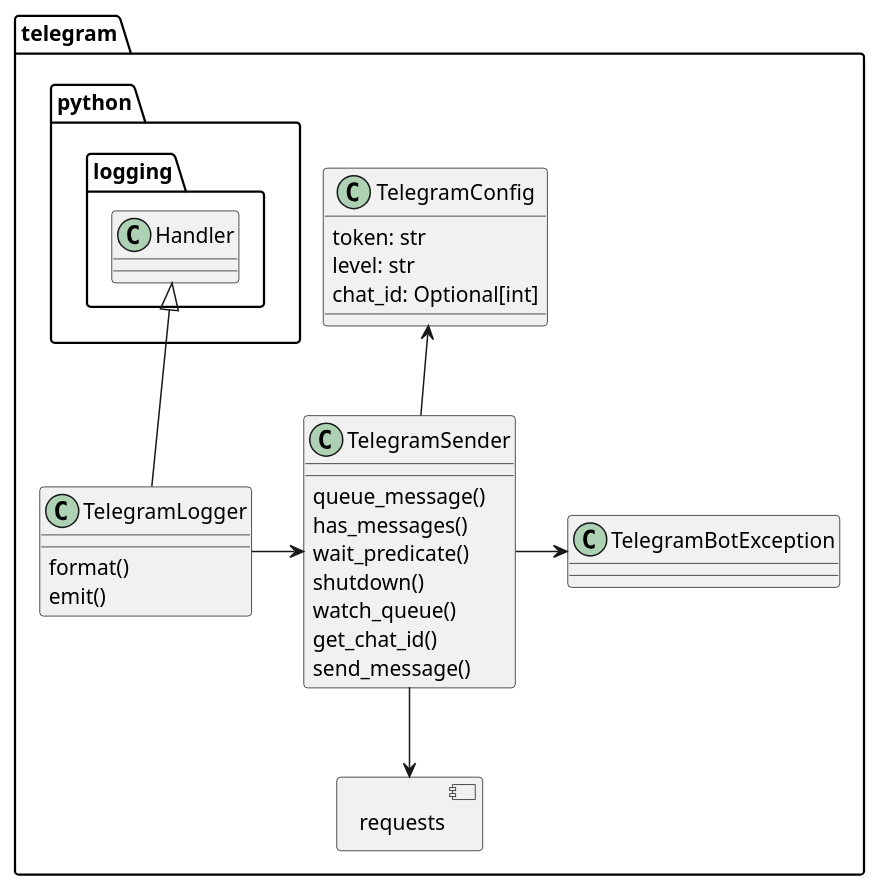
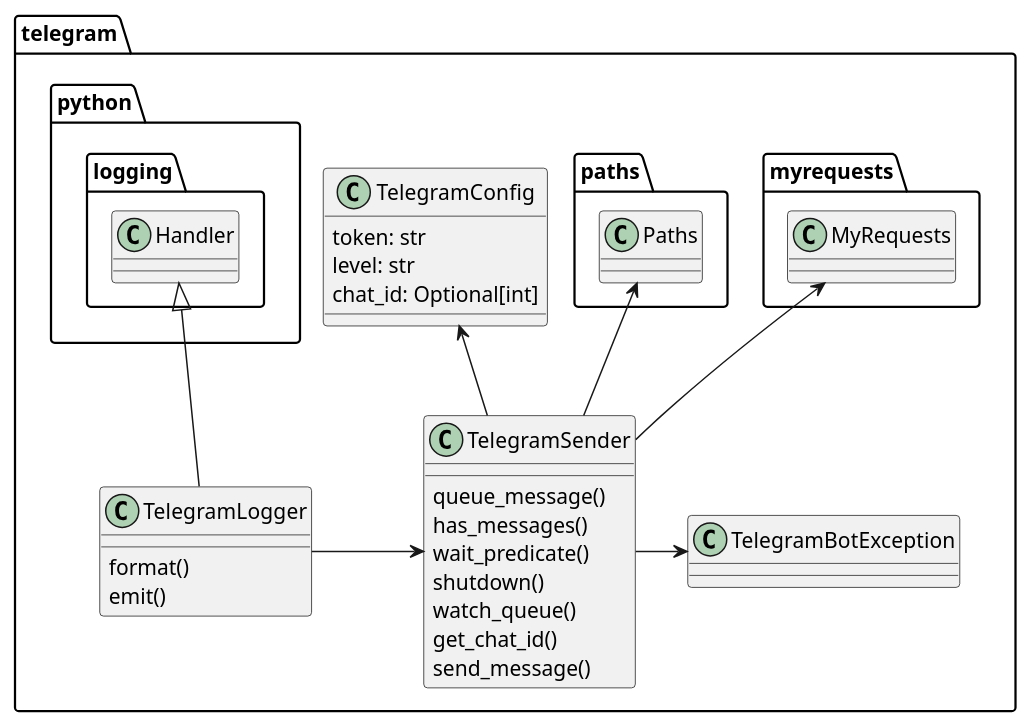
Before and after one commit to martin-ueding/vigilant-crypto-snatch: the diagram in dev/graphs/telegram.puml, drawn with PlantUML. The commit also changed 19 other files, not shown here.

```diff
--- a/dev/graphs/telegram.puml
+++ b/dev/graphs/telegram.puml
@@ -1,38 +1,38 @@
 @startuml
 
 allowmixing
 
 namespace telegram {
-component requests
 
 class TelegramConfig {
     token: str
     level: str
     chat_id: Optional[int]
 }
 
 class TelegramLogger extends python.logging.Handler {
 format()
 emit()
 }
 
 class TelegramBotException
 
 class TelegramSender {
     queue_message()
     has_messages()
     wait_predicate()
     shutdown()
     watch_queue()
     get_chat_id()
     send_message()
 }
 
 TelegramConfig <-- TelegramSender
 
 TelegramLogger -> TelegramSender
-TelegramSender --> requests
+myrequests.MyRequests <-- TelegramSender
 TelegramSender -> TelegramBotException
+paths.Paths <-- TelegramSender
 
 }
 @enduml
```
